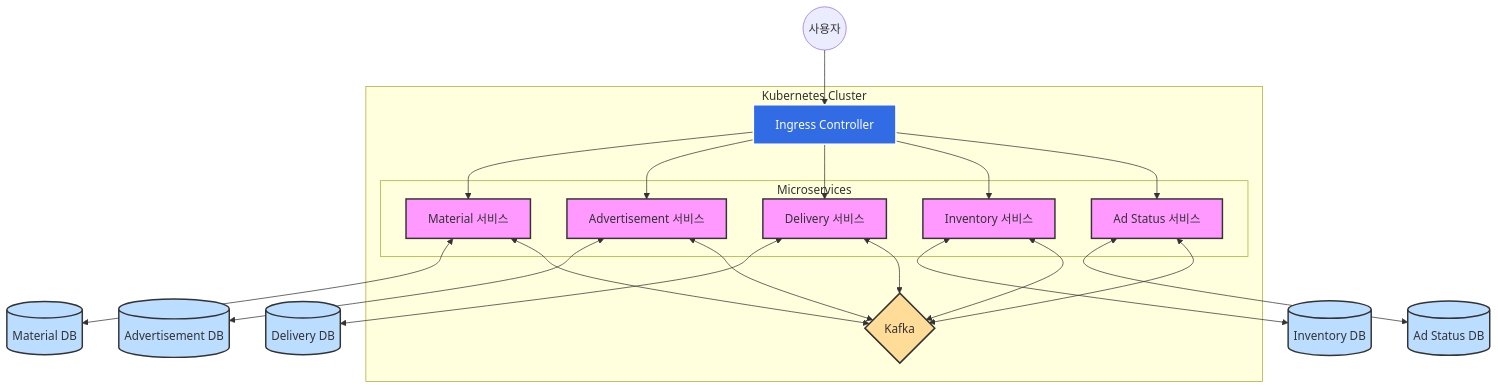
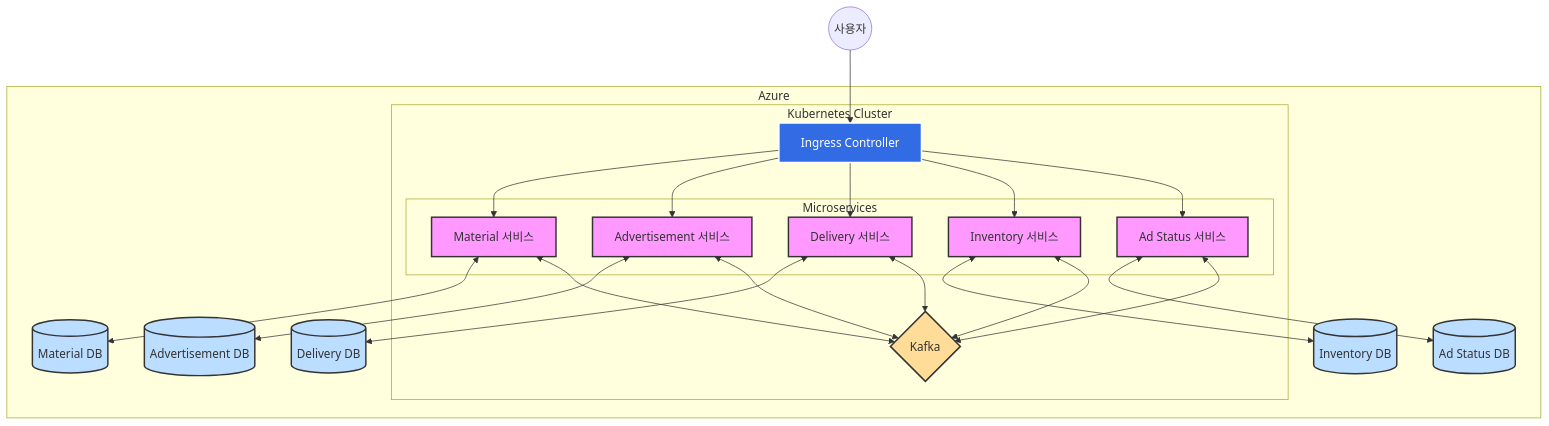
The diagram in README.md (DYM772/msad), drawn with Mermaid before and after one commit.

````diff
--- a/README.md
+++ b/README.md
@@ -30,56 +30,60 @@
 ```mermaid
 graph TD
     User((사용자))
+
+    subgraph Azure
+
+        subgraph Kubernetes Cluster
+            IC[Ingress Controller]
+            
+            subgraph Microservices
+                MS1[Material 서비스]
+                MS2[Advertisement 서비스]
+                MS3[Delivery 서비스]
+                MS4[Inventory 서비스]
+                MS5[Ad Status 서비스]
+            end
+            
+            Kafka{Kafka}
+            
+        end
     
-    subgraph Kubernetes Cluster
-        IC[Ingress Controller]
-        
-        subgraph Microservices
-            MS1[Material 서비스]
-            MS2[Advertisement 서비스]
-            MS3[Delivery 서비스]
-            MS4[Inventory 서비스]
-            MS5[Ad Status 서비스]
-        end
-        
-        Kafka{Kafka}
-        
+        DB1[(Material DB)]
+        DB2[(Advertisement DB)]
+        DB3[(Delivery DB)]
+        DB4[(Inventory DB)]
+        DB5[(Ad Status DB)]
+
     end
-
-    DB1[(Material DB)]
-    DB2[(Advertisement DB)]
-    DB3[(Delivery DB)]
-    DB4[(Inventory DB)]
-    DB5[(Ad Status DB)]
     
     User --> IC
     IC --> MS1
     IC --> MS2
     IC --> MS3
     IC --> MS4
     IC --> MS5
     
     MS1 <--> DB1
     MS2 <--> DB2
     MS3 <--> DB3
     MS4 <--> DB4
     MS5 <--> DB5
     
     MS1 <--> Kafka
     MS2 <--> Kafka
     MS3 <--> Kafka
     MS4 <--> Kafka
     MS5 <--> Kafka
 
     classDef k8s fill:#326CE5,color:#fff,stroke:#fff,stroke-width:2px;
     class IC,Kubernetes k8s;
     
     classDef microservice fill:#f9f,stroke:#333,stroke-width:2px;
     class MS1,MS2,MS3,MS4,MS5 microservice;
     
     classDef database fill:#bdf,stroke:#333,stroke-width:2px;
     class DB1,DB2,DB3,DB4,DB5 database;
     
     classDef kafka fill:#fd9,stroke:#333,stroke-width:2px;
     class Kafka kafka;
 ```
````
